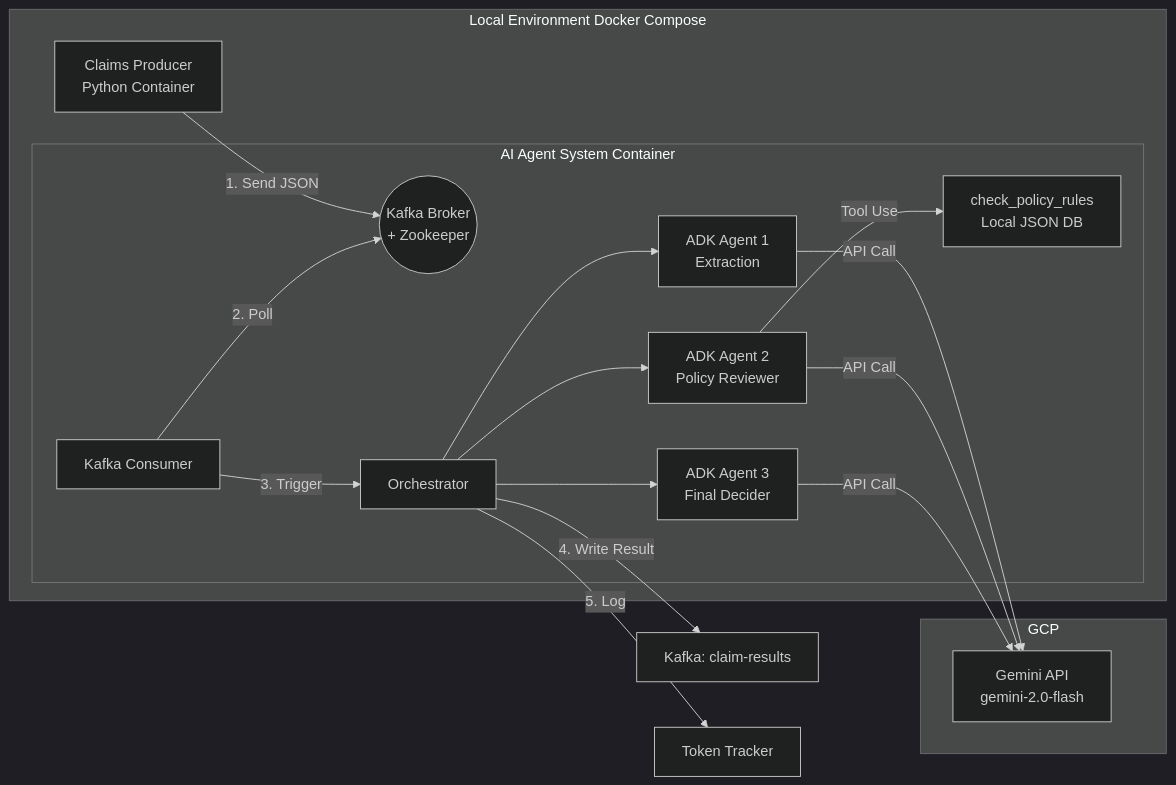
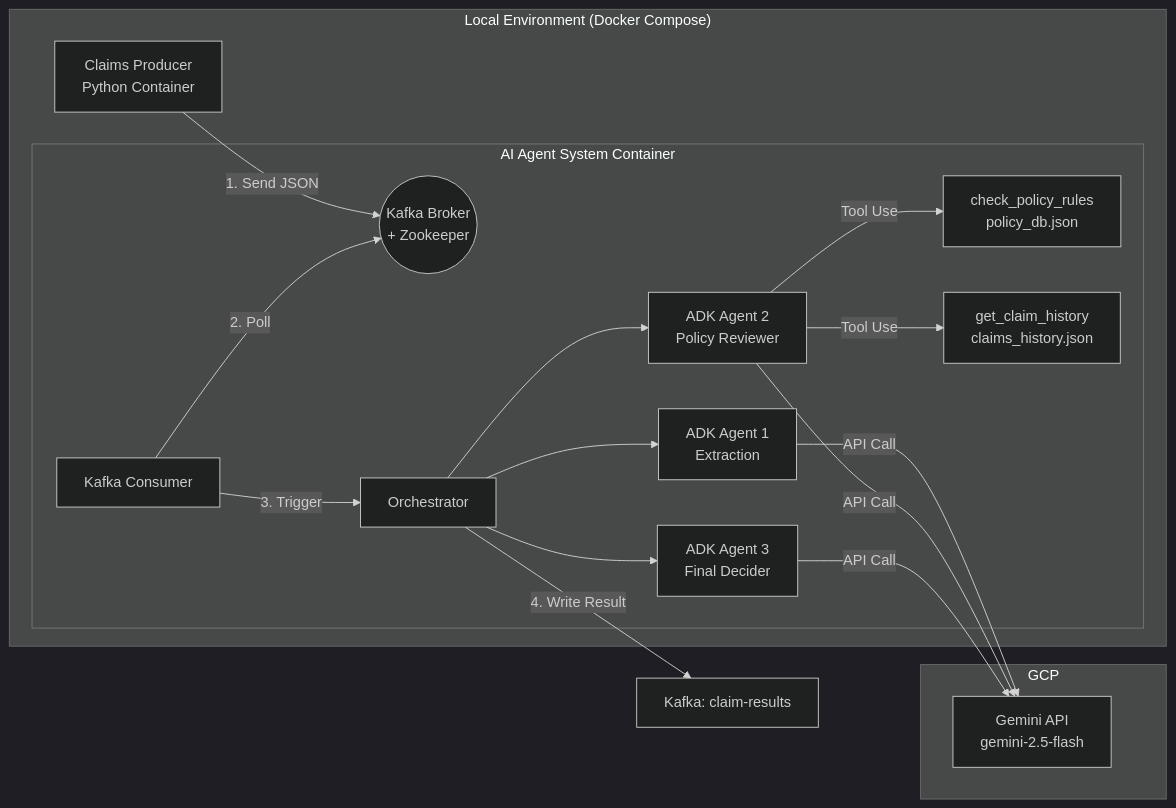
Before and after one commit to Wiwi-Creator/poc-kafka-with-ai-agent: the diagram in README.md, drawn with Mermaid (dark theme). The commit also changed other lines of this file and 1 other file, not shown here.

````diff
--- a/README.md
+++ b/README.md
@@ -12,24 +7,24 @@
 ```mermaid
 graph LR
-    subgraph "Local Environment Docker Compose"
+    subgraph "Local Environment (Docker Compose)"
         P[Claims Producer<br/>Python Container] -- "1. Send JSON" --> K((Kafka Broker<br/>+ Zookeeper))
 
         subgraph "AI Agent System Container"
             C[Kafka Consumer] -- "2. Poll" --> K
             C -- "3. Trigger" --> O[Orchestrator]
             O --> E[ADK Agent 1<br/>Extraction]
             O --> R[ADK Agent 2<br/>Policy Reviewer]
             O --> D[ADK Agent 3<br/>Final Decider]
-            R -- "Tool Use" --> T[check_policy_rules<br/>Local JSON DB]
+            R -- "Tool Use" --> T1[check_policy_rules<br/>policy_db.json]
+            R -- "Tool Use" --> T2[get_claim_history<br/>claims_history.json]
         end
     end
 
     subgraph "GCP"
-        E -- "API Call" --> G[Gemini API<br/>gemini-2.0-flash]
+        E -- "API Call" --> G[Gemini API<br/>gemini-2.5-flash]
         R -- "API Call" --> G
         D -- "API Call" --> G
     end
 
     O -- "4. Write Result" --> KR[Kafka: claim-results]
-    O -- "5. Log" --> TK[Token Tracker]
 ```
````
